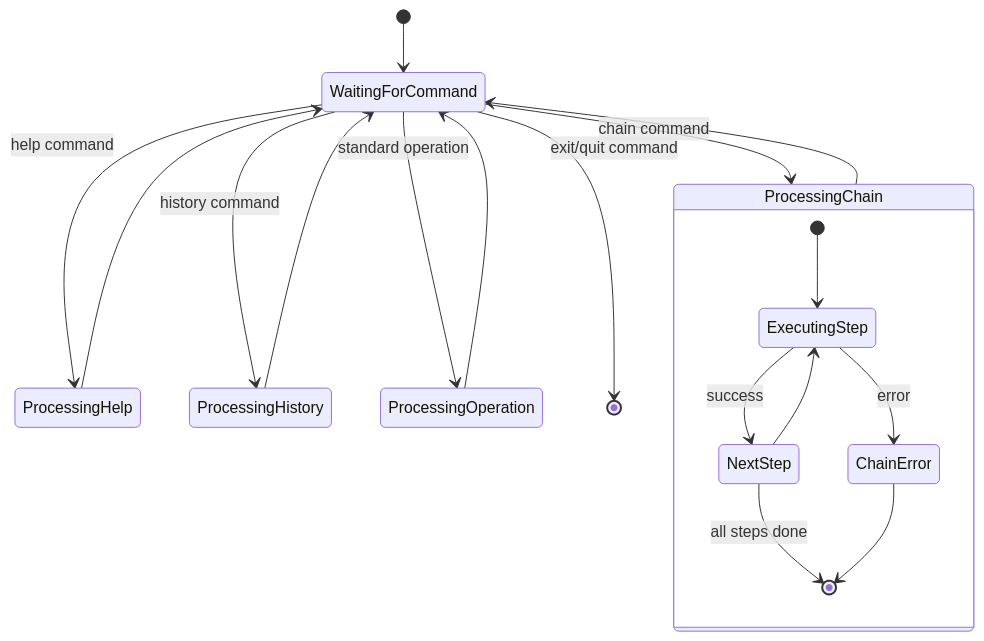
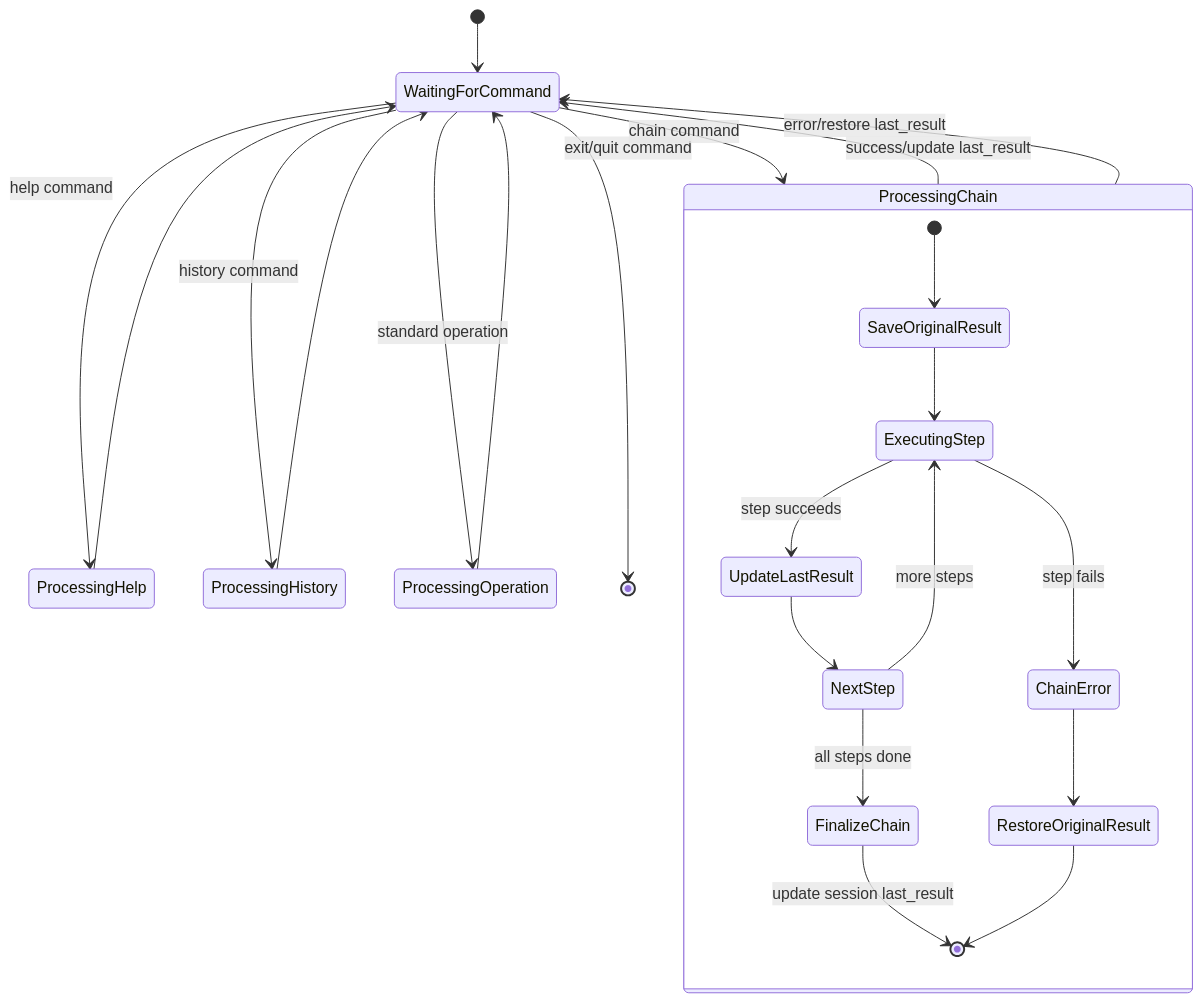
Before and after one commit to Schaafd/math_cli: the diagram in docs/interactive-mode.md, drawn with Mermaid. The commit also changed other lines of this file and 3 other files, not shown here.

Commit message:
Fixed a bug that prevented users from using the previous result within chain commands.

````diff
--- a/docs/interactive-mode.md
+++ b/docs/interactive-mode.md
@@ -5,27 +5,32 @@
 ```mermaid
 stateDiagram-v2
     [*] --> WaitingForCommand
 
     WaitingForCommand --> ProcessingHelp: help command
     ProcessingHelp --> WaitingForCommand
 
     WaitingForCommand --> ProcessingHistory: history command
     ProcessingHistory --> WaitingForCommand
 
     WaitingForCommand --> ProcessingChain: chain command
-    ProcessingChain --> WaitingForCommand
+    ProcessingChain --> WaitingForCommand: success/update last_result
+    ProcessingChain --> WaitingForCommand: error/restore last_result
 
     WaitingForCommand --> ProcessingOperation: standard operation
     ProcessingOperation --> WaitingForCommand
 
     WaitingForCommand --> [*]: exit/quit command
 
     state ProcessingChain {
-        [*] --> ExecutingStep
-        ExecutingStep --> NextStep: success
-        NextStep --> ExecutingStep
-        ExecutingStep --> ChainError: error
-        NextStep --> [*]: all steps done
-        ChainError --> [*]
+        [*] --> SaveOriginalResult
+        SaveOriginalResult --> ExecutingStep
+        ExecutingStep --> UpdateLastResult: step succeeds
+        UpdateLastResult --> NextStep
+        NextStep --> ExecutingStep: more steps
+        ExecutingStep --> ChainError: step fails
+        NextStep --> FinalizeChain: all steps done
+        ChainError --> RestoreOriginalResult
+        FinalizeChain --> [*]: update session last_result
+        RestoreOriginalResult --> [*]
     }
 ```
````
